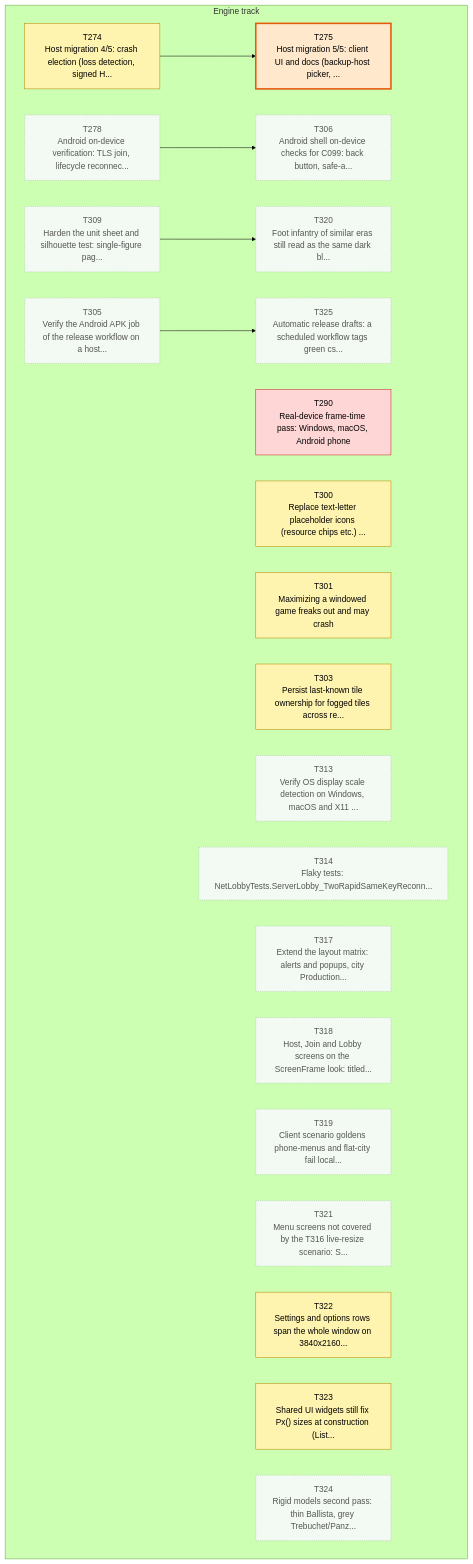
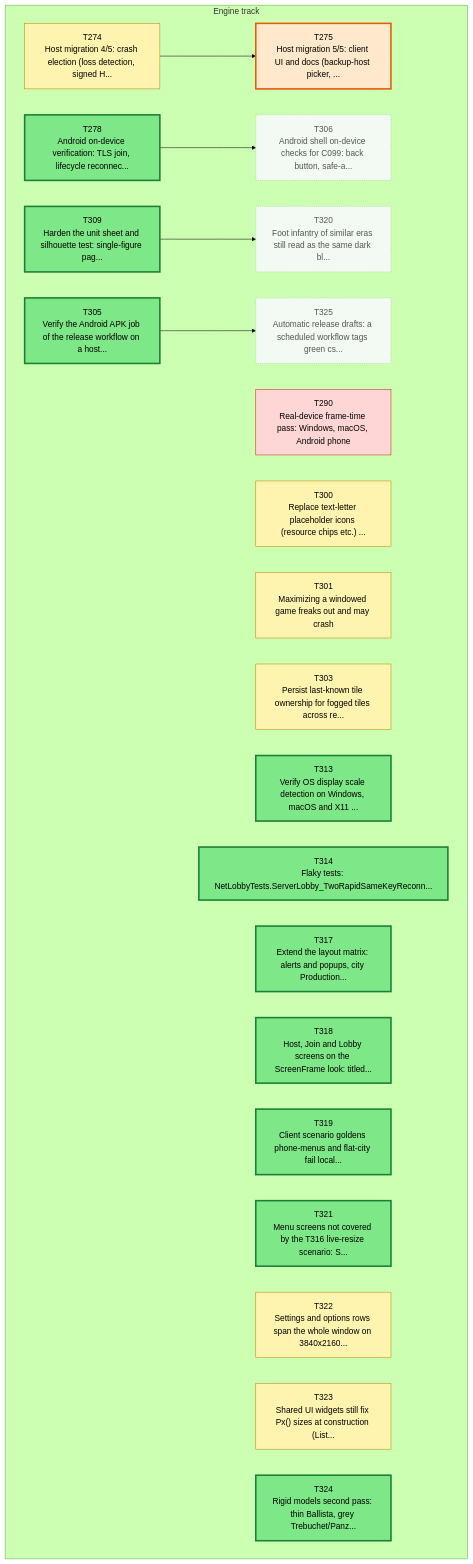
One commit to Kenmura/Unciv changed the first of 3 diagrams in csharp/migration/DEPENDENCY_MAP.md. Above: the diagram before and after it, drawn with Mermaid (forest theme). The commit also changed other lines of this file and 1 other file, not shown here.

````diff
--- a/csharp/migration/DEPENDENCY_MAP.md
+++ b/csharp/migration/DEPENDENCY_MAP.md
@@ -35,58 +35,58 @@
 ```mermaid
 flowchart TD
   subgraph TTRACK["Engine track"]
     T274["T274<br/>Host migration 4/5: crash election (loss detection, signed H..."]
     T275["T275<br/>Host migration 5/5: client UI and docs (backup-host picker, ..."]
     T278["T278<br/>Android on-device verification: TLS join, lifecycle reconnec..."]
     T290["T290<br/>Real-device frame-time pass: Windows, macOS, Android phone"]
     T300["T300<br/>Replace text-letter placeholder icons (resource chips etc.) ..."]
     T301["T301<br/>Maximizing a windowed game freaks out and may crash"]
     T303["T303<br/>Persist last-known tile ownership for fogged tiles across re..."]
     T305["T305<br/>Verify the Android APK job of the release workflow on a host..."]
     T306["T306<br/>Android shell on-device checks for C099: back button, safe-a..."]
     T309["T309<br/>Harden the unit sheet and silhouette test: single-figure pag..."]
     T313["T313<br/>Verify OS display scale detection on Windows, macOS and X11 ..."]
     T314["T314<br/>Flaky tests: NetLobbyTests.ServerLobby_TwoRapidSameKeyReconn..."]
     T317["T317<br/>Extend the layout matrix: alerts and popups, city Production..."]
     T318["T318<br/>Host, Join and Lobby screens on the ScreenFrame look: titled..."]
     T319["T319<br/>Client scenario goldens phone-menus and flat-city fail local..."]
     T320["T320<br/>Foot infantry of similar eras still read as the same dark bl..."]
     T321["T321<br/>Menu screens not covered by the T316 live-resize scenario: S..."]
     T322["T322<br/>Settings and options rows span the whole window on 3840x2160..."]
     T323["T323<br/>Shared UI widgets still fix Px() sizes at construction (List..."]
     T324["T324<br/>Rigid models second pass: thin Ballista, grey Trebuchet/Panz..."]
     T325["T325<br/>Automatic release drafts: a scheduled workflow tags green cs..."]
   end
   T274 --> T275
   T278 --> T306
   T309 --> T320
   T305 --> T325
   classDef waiting fill:#f3faf3,stroke:#9bc49b,color:#555,stroke-dasharray:2 2
   classDef ondeck fill:#ffe8cc,stroke:#e8590c,stroke-width:3px,color:#000
   classDef ready fill:#7ee787,stroke:#1a7f37,stroke-width:3px,color:#000
   classDef prog fill:#fff3b0,stroke:#b58900,color:#000
   classDef review fill:#cfe4ff,stroke:#1f6feb,color:#000
   classDef blocked fill:#ffd6d6,stroke:#c62828,color:#000
   classDef done fill:#eeeeee,stroke:#999999,color:#666,stroke-dasharray:4 3
   class T274 prog
   class T275 ondeck
-  class T278 waiting
+  class T278 ready
   class T290 blocked
   class T300 prog
   class T301 prog
   class T303 prog
-  class T305 waiting
+  class T305 ready
   class T306 waiting
-  class T309 waiting
-  class T313 waiting
-  class T314 waiting
-  class T317 waiting
-  class T318 waiting
-  class T319 waiting
+  class T309 ready
+  class T313 ready
+  class T314 ready
+  class T317 ready
+  class T318 ready
+  class T319 ready
   class T320 waiting
-  class T321 waiting
+  class T321 ready
   class T322 prog
   class T323 prog
-  class T324 waiting
+  class T324 ready
   class T325 waiting
 ```
````
